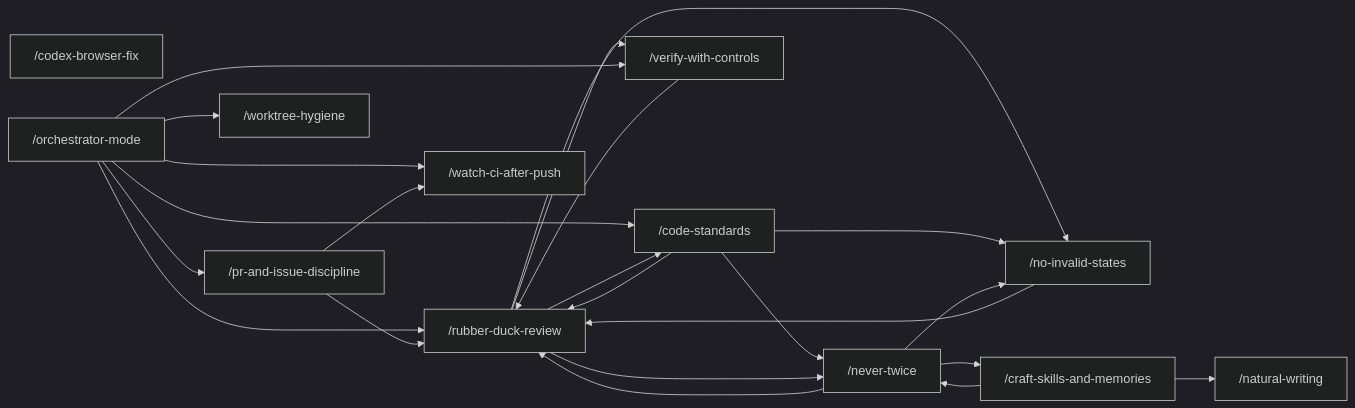
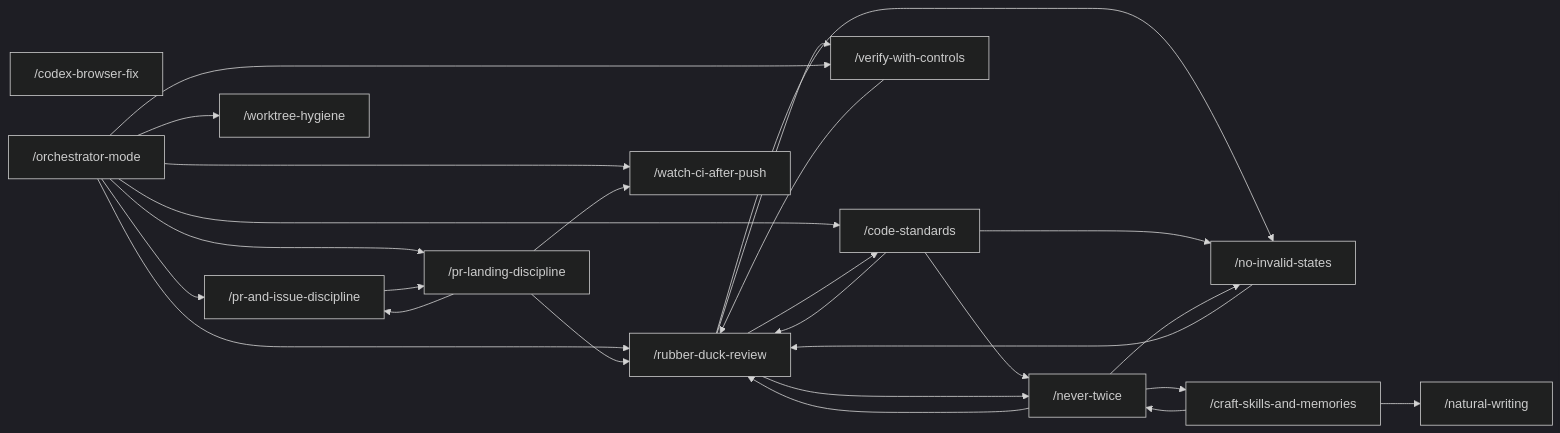
One commit to Vivswan/skills changed the diagram in README.md. Above: the diagram before and after it, drawn with Mermaid (dark theme). The commit also changed other lines of this file and 17 other files, not shown here.

Commit message:
feat(pr-landing-discipline): landing gates split from pr-and-issue-discipline, with line accounting (#129)

````diff
--- a/README.md
+++ b/README.md
@@ -37,26 +38,29 @@
 ```mermaid
 graph LR
   cbf["/codex-browser-fix"]
   om["/orchestrator-mode"] --> rdr["/rubber-duck-review"]
   om --> wca["/watch-ci-after-push"]
   om --> cs["/code-standards"]
   om --> pid["/pr-and-issue-discipline"]
+  om --> pld["/pr-landing-discipline"]
   om --> wh["/worktree-hygiene"]
-  pid --> wca
-  pid --> rdr
+  pid --> pld
+  pld --> pid
+  pld --> wca
+  pld --> rdr
   cs --> rdr
   cs --> nt
   rdr --> cs
   rdr --> nis["/no-invalid-states"]
   rdr --> nt
   rdr --> vwc
   nis --> rdr
   cs --> nis
   nt["/never-twice"] --> rdr
   nt --> nis
   nt --> csm
   om --> vwc["/verify-with-controls"]
   vwc --> rdr
   csm["/craft-skills-and-memories"] --> nw["/natural-writing"]
   csm --> nt
 ```
````
